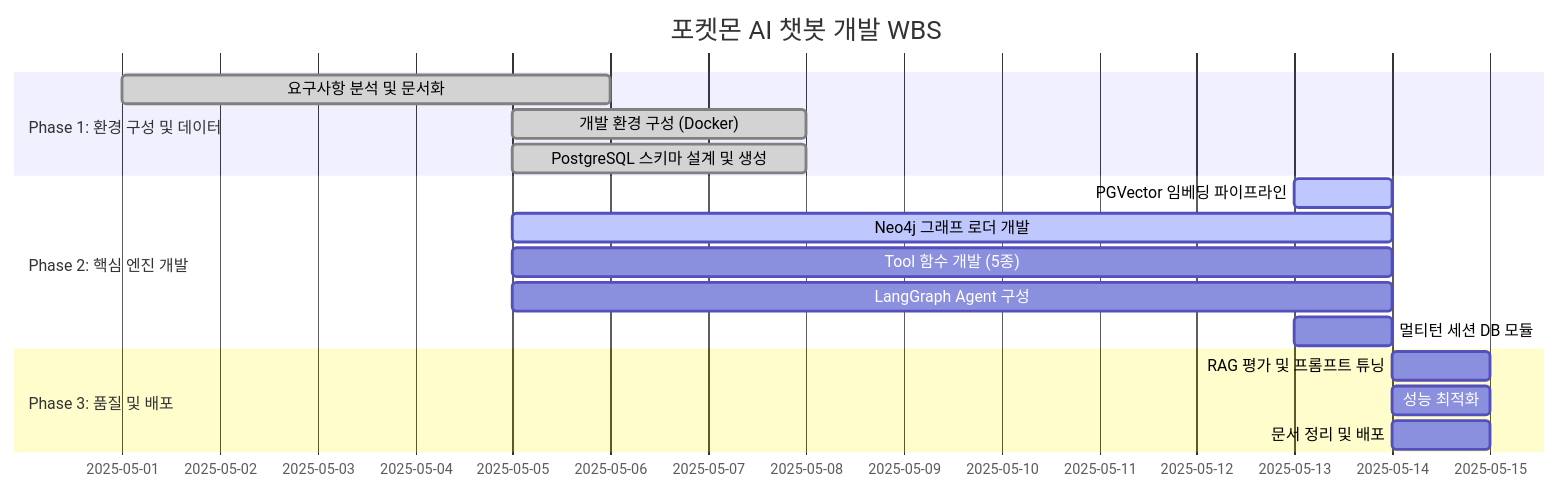
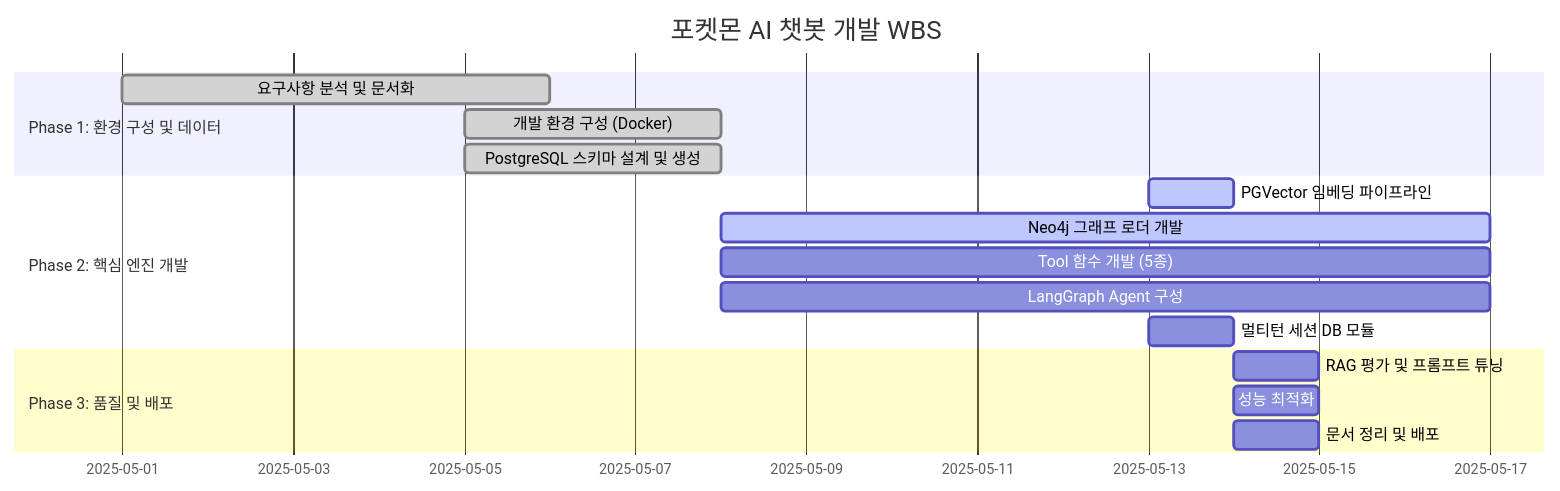
Before and after one commit to SKNETWORKS-FAMILY-AICAMP/SKN27-3rd-3TEAM: the diagram in docs/챗봇/09_WBS.md, drawn with Mermaid.

````diff
--- a/docs/챗봇/09_WBS.md
+++ b/docs/챗봇/09_WBS.md
@@ -12,21 +12,21 @@
 ```mermaid
 gantt
     title 포켓몬 AI 챗봇 개발 WBS
     dateFormat  YYYY-MM-DD
     section Phase 1: 환경 구성 및 데이터
         요구사항 분석 및 문서화         :done,    p1-1, 2025-05-01, 5d
         개발 환경 구성 (Docker)         :done,    p1-2, 2025-05-05, 3d
         PostgreSQL 스키마 설계 및 생성  :done,    p1-3, 2025-05-05, 3d
 
     section Phase 2: 핵심 엔진 개발
         PGVector 임베딩 파이프라인     :active,  p2-1, 2025-05-13, 1d
-        Neo4j 그래프 로더 개발         :active,  p2-2, 2025-05-05, 9d
-        Tool 함수 개발 (5종)           :         p2-3, 2025-05-05, 9d
-        LangGraph Agent 구성          :         p2-4, 2025-05-05, 9d
+        Neo4j 그래프 로더 개발         :active,  p2-2, 2025-05-08, 9d
+        Tool 함수 개발 (5종)           :         p2-3, 2025-05-08, 9d
+        LangGraph Agent 구성          :         p2-4, 2025-05-08, 9d
         멀티턴 세션 DB 모듈            :         p2-5, 2025-05-13, 1d
 
     section Phase 3: 품질 및 배포
         RAG 평가 및 프롬프트 튜닝       :         p4-1, 2025-05-14, 1d
         성능 최적화                    :         p4-2, 2025-05-14, 1d
         문서 정리 및 배포              :         p4-3, 2025-05-14, 1d
 ```
````
